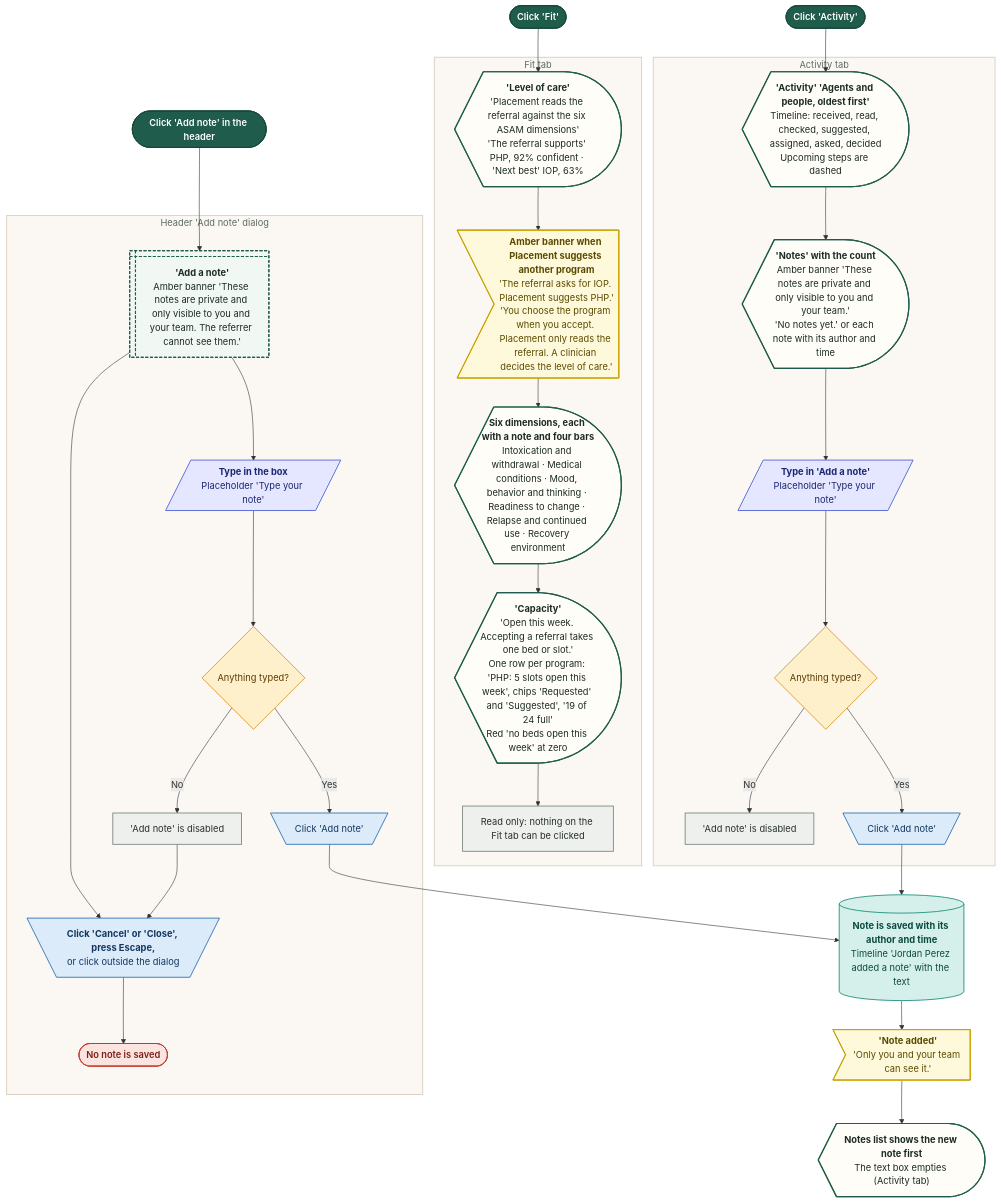
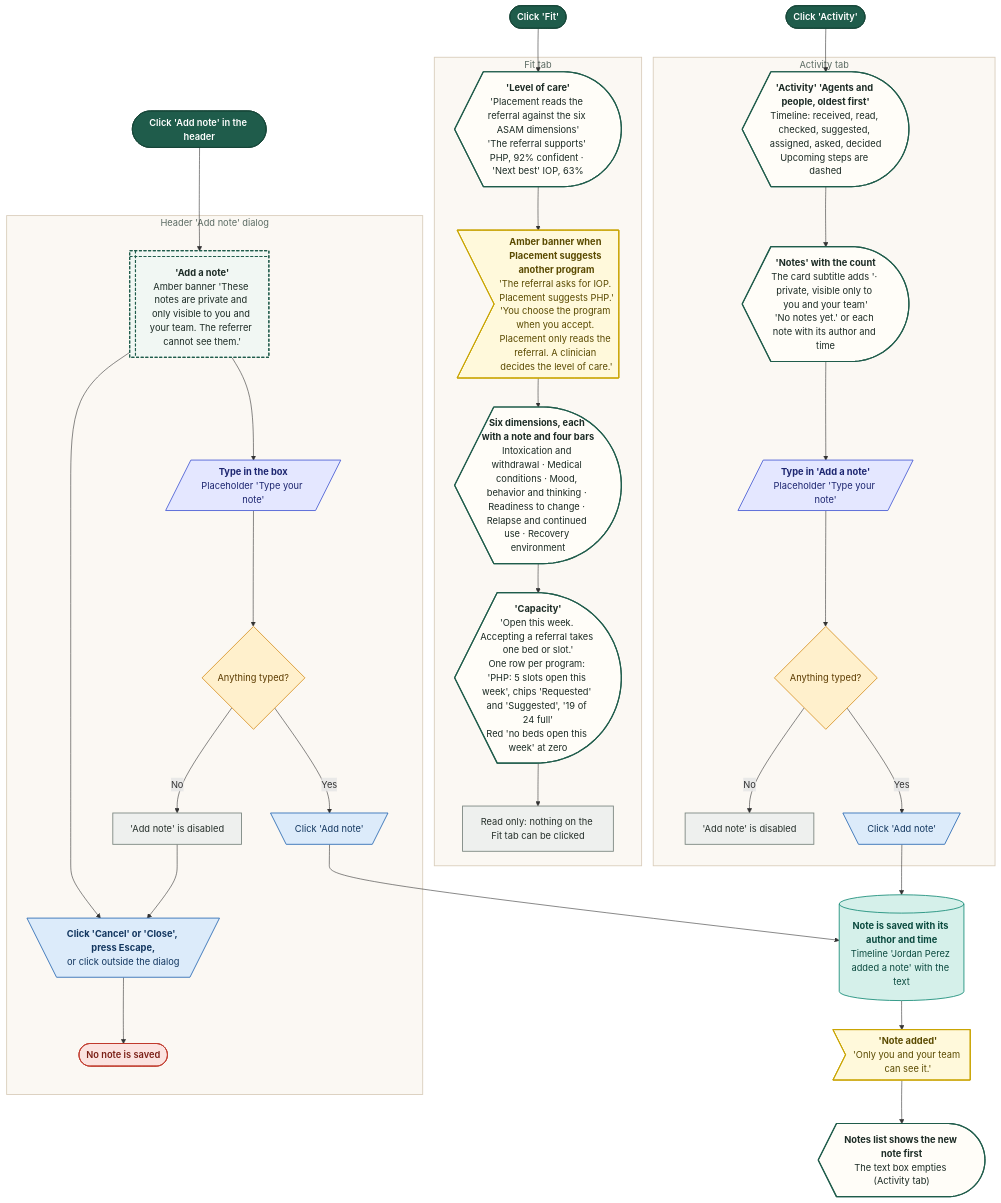
Before and after one commit to Shrav143/psyfloapp: the diagram in demos/prior-auth-demo/workflows/out/mmd/04-new-case/20-referral-fit-activity.mmd, drawn with Mermaid. The commit also changed 192 other files, not shown here.

First line of the commit message:
docs: changelog by sidebar tab; README, diagrams and Settings layout aligned with the refinement; shared InfoTip; referral cost-share line

```diff
--- a/demos/prior-auth-demo/workflows/out/mmd/04-new-case/20-referral-fit-activity.mmd
+++ b/demos/prior-auth-demo/workflows/out/mmd/04-new-case/20-referral-fit-activity.mmd
@@ -1,70 +1,70 @@
 %%{init: {"theme":"base","themeVariables":{"fontFamily":"'DM Sans', 'Segoe UI', system-ui, sans-serif","fontSize":"15px","lineColor":"#5B6B63","primaryTextColor":"#1C2B25","clusterBkg":"#FBF8F3","clusterBorder":"#D9CDBB","edgeLabelBackground":"#FFFFFF"},"flowchart":{"curve":"basis","nodeSpacing":36,"rankSpacing":48,"padding":12,"htmlLabels":true,"useMaxWidth":false,"wrappingWidth":230}} }%%
 flowchart TD
   classDef k_start fill:#1F5C4B,stroke:#174638,color:#FFFFFF,stroke-width:1.5px,font-weight:600
   classDef k_end fill:#DDEFE3,stroke:#2E7D4F,color:#14502F,stroke-width:1.5px,font-weight:600
   classDef k_endx fill:#FBE3E0,stroke:#C0392B,color:#7A1F16,stroke-width:1.5px,font-weight:600
   classDef k_screen fill:#FFFDF8,stroke:#1F5C4B,color:#1C2B25,stroke-width:2px
   classDef k_overlay fill:#F1F7F3,stroke:#1F5C4B,color:#1C2B25,stroke-width:2px,stroke-dasharray:5 3
   classDef k_click fill:#DCEBFA,stroke:#2F6DB5,color:#12365F,stroke-width:1.5px
   classDef k_input fill:#E4E7FF,stroke:#4C5FD5,color:#1D2670,stroke-width:1.5px
   classDef k_process fill:#EEF0EE,stroke:#7A857F,color:#26302B,stroke-width:1.5px
   classDef k_agent fill:#EEE5FA,stroke:#7A4FC2,color:#341A63,stroke-width:1.5px
   classDef k_decision fill:#FFF0CC,stroke:#D9962B,color:#5C3B00,stroke-width:1.5px
   classDef k_store fill:#D5F0EA,stroke:#1C8E7B,color:#0B4A3F,stroke-width:1.5px
   classDef k_doc fill:#F6E9DC,stroke:#B07A4C,color:#4A2E14,stroke-width:1.5px
   classDef k_ext fill:#FFE6D2,stroke:#E07B39,color:#6B2F06,stroke-width:1.5px
   classDef k_wait fill:#E4E8EE,stroke:#6B7C93,color:#26303D,stroke-width:1.5px
   classDef k_toast fill:#FFF9DB,stroke:#C9A400,color:#5A4A00,stroke-width:1.5px
   classDef k_goto fill:#FFFFFF,stroke:#1F5C4B,color:#1F5C4B,stroke-width:1.5px,stroke-dasharray:5 3
   s1@{ shape: stadium, label: "Click 'Fit'" }
   s2@{ shape: stadium, label: "Click 'Activity'" }
   s3@{ shape: stadium, label: "Click 'Add note' in the header" }
   subgraph gFit ["Fit tab"]
   f1@{ shape: curv-trap, label: "<b>'Level of care'</b><br/>'Placement reads the referral against the six ASAM dimensions'<br/>'The referral supports' PHP, 92% confident · 'Next best' IOP, 63%" }
   f2@{ shape: odd, label: "<b>Amber banner when Placement suggests another program</b><br/>'The referral asks for IOP. Placement suggests PHP.'<br/>'You choose the program when you accept. Placement only reads the referral. A clinician decides the level of care.'" }
   f3@{ shape: curv-trap, label: "<b>Six dimensions, each with a note and four bars</b><br/>Intoxication and withdrawal · Medical conditions · Mood, behavior and thinking · Readiness to change · Relapse and continued use · Recovery environment" }
   f4@{ shape: curv-trap, label: "<b>'Capacity'</b><br/>'Open this week. Accepting a referral takes one bed or slot.'<br/>One row per program: 'PHP: 5 slots open this week', chips 'Requested' and 'Suggested', '19 of 24 full'<br/>Red 'no beds open this week' at zero" }
   f5@{ shape: rect, label: "Read only: nothing on the Fit tab can be clicked" }
   end
   subgraph gAct ["Activity tab"]
   a1@{ shape: curv-trap, label: "<b>'Activity' 'Agents and people, oldest first'</b><br/>Timeline: received, read, checked, suggested, assigned, asked, decided<br/>Upcoming steps are dashed" }
-  a2@{ shape: curv-trap, label: "<b>'Notes' with the count</b><br/>Amber banner 'These notes are private and only visible to you and your team.'<br/>'No notes yet.' or each note with its author and time" }
+  a2@{ shape: curv-trap, label: "<b>'Notes' with the count</b><br/>The card subtitle adds '· private, visible only to you and your team'<br/>'No notes yet.' or each note with its author and time" }
   a3@{ shape: lean-r, label: "<b>Type in 'Add a note'</b><br/>Placeholder 'Type your note'" }
   a4@{ shape: diam, label: "Anything typed?" }
   a5@{ shape: rect, label: "'Add note' is disabled" }
   a6@{ shape: trap-t, label: "Click 'Add note'" }
   end
   subgraph gMod ["Header 'Add note' dialog"]
   m1@{ shape: win-pane, label: "<b>'Add a note'</b><br/>Amber banner 'These notes are private and only visible to you and your team. The referrer cannot see them.'" }
   m2@{ shape: lean-r, label: "<b>Type in the box</b><br/>Placeholder 'Type your note'" }
   m3@{ shape: diam, label: "Anything typed?" }
   m4@{ shape: rect, label: "'Add note' is disabled" }
   m5@{ shape: trap-t, label: "Click 'Add note'" }
   m6@{ shape: trap-t, label: "<b>Click 'Cancel' or 'Close', press Escape,</b><br/>or click outside the dialog" }
   m7@{ shape: stadium, label: "No note is saved" }
   end
   n1@{ shape: cyl, label: "<b>Note is saved with its author and time</b><br/>Timeline 'Jordan Perez added a note' with the text" }
   n2@{ shape: odd, label: "<b>'Note added'</b><br/>'Only you and your team can see it.'" }
   n3@{ shape: curv-trap, label: "<b>Notes list shows the new note first</b><br/>The text box empties (Activity tab)" }
   s1 --> f1 --> f2 --> f3 --> f4 --> f5
   s2 --> a1 --> a2 --> a3 --> a4
   a4 -->|"No"| a5
   a4 -->|"Yes"| a6 --> n1
   s3 --> m1 --> m2 --> m3
   m3 -->|"No"| m4 --> m6
   m3 -->|"Yes"| m5 --> n1
   m1 --> m6 --> m7
   n1 --> n2 --> n3
   class s1,s2,s3 k_start
   class f1,f3,f4,a1,a2,n3 k_screen
   class f2,n2 k_toast
   class f5,a5,m4 k_process
   class a3,m2 k_input
   class a4,m3 k_decision
   class a6,m5,m6 k_click
   class m1 k_overlay
   class m7 k_endx
   class n1 k_store
   style gFit fill:#FBF8F3,stroke:#D9CDBB,stroke-width:1.5px,color:#5B6B63
   style gAct fill:#FBF8F3,stroke:#D9CDBB,stroke-width:1.5px,color:#5B6B63
   style gMod fill:#FBF8F3,stroke:#D9CDBB,stroke-width:1.5px,color:#5B6B63
```
